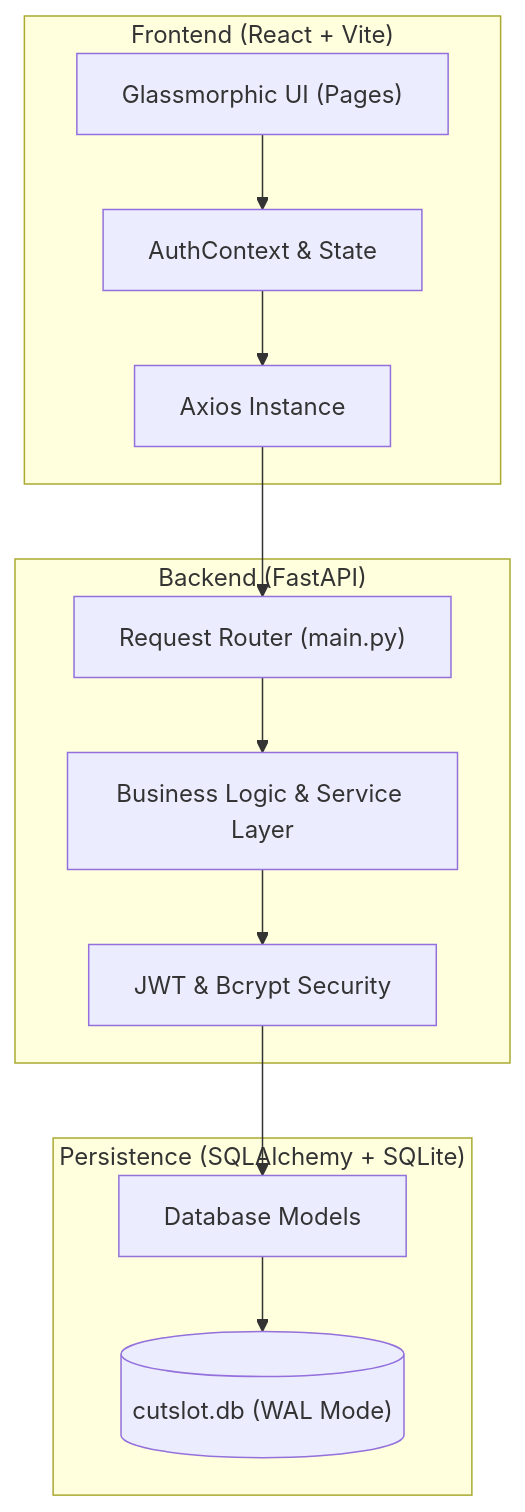
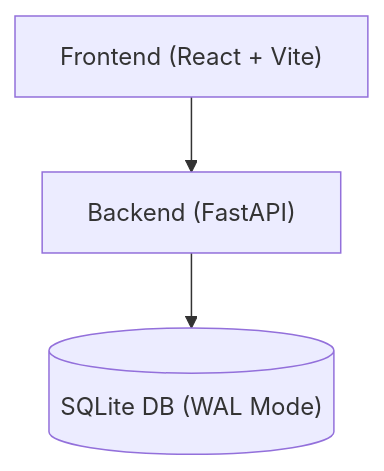
The diagram in README.md (sunilt808/Cutslot-2), drawn with Mermaid before and after one commit. The commit also changed other lines of this file and 2 other files, not shown here.

````diff
--- a/README.md
+++ b/README.md
@@ -64,27 +35,5 @@
 ```mermaid
 graph TD
-    subgraph "Frontend (React + Vite)"
-        UI["Glassmorphic UI (Pages)"]
-        Context["AuthContext & State"]
-        API_Call["Axios Instance"]
-    end
-
-    subgraph "Backend (FastAPI)"
-        Router["Request Router (main.py)"]
-        Logic["Business Logic & Service Layer"]
-        Auth["JWT & Bcrypt Security"]
-    end
-
-    subgraph "Persistence (SQLAlchemy + SQLite)"
-        Models["Database Models"]
-        DB[("cutslot.db (WAL Mode)")]
-    end
-
-    UI --> Context
-    Context --> API_Call
-    API_Call --> Router
-    Router --> Logic
-    Logic --> Auth
-    Auth --> Models
-    Models --> DB
+  UI["Frontend (React + Vite)"] --> API["Backend (FastAPI)"]
+  API --> DB[("SQLite DB (WAL Mode)")]
 ```
````
